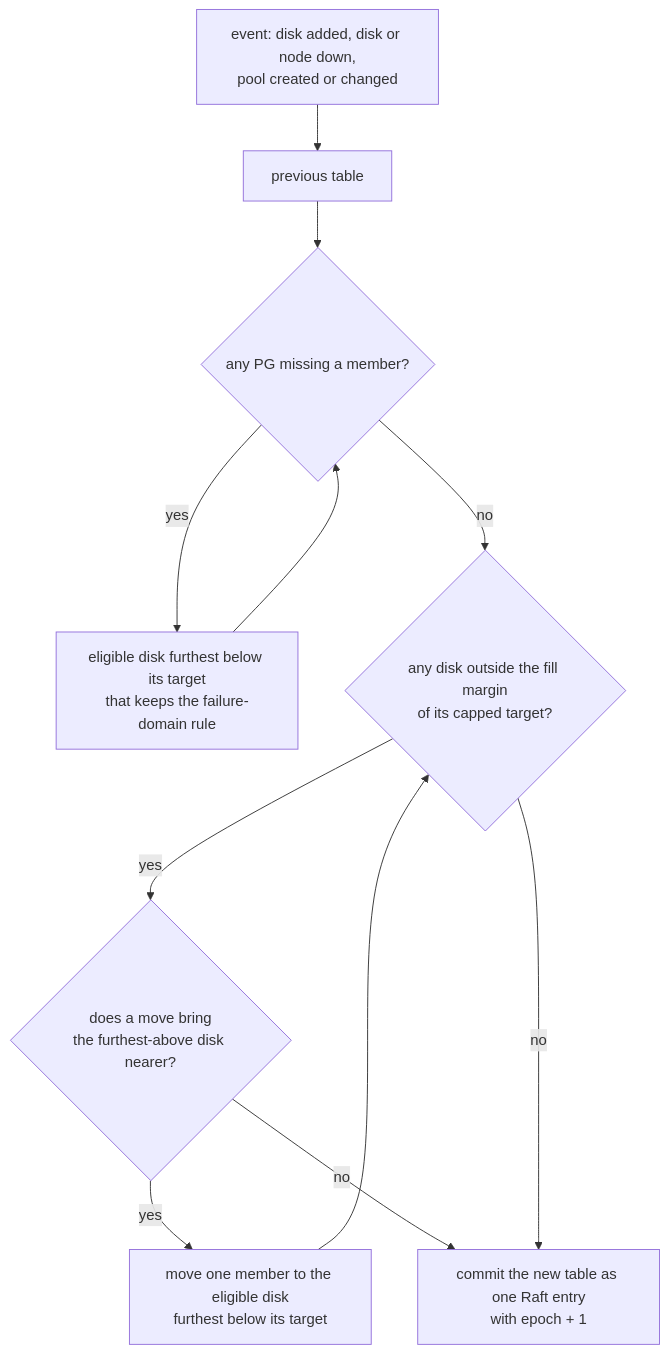
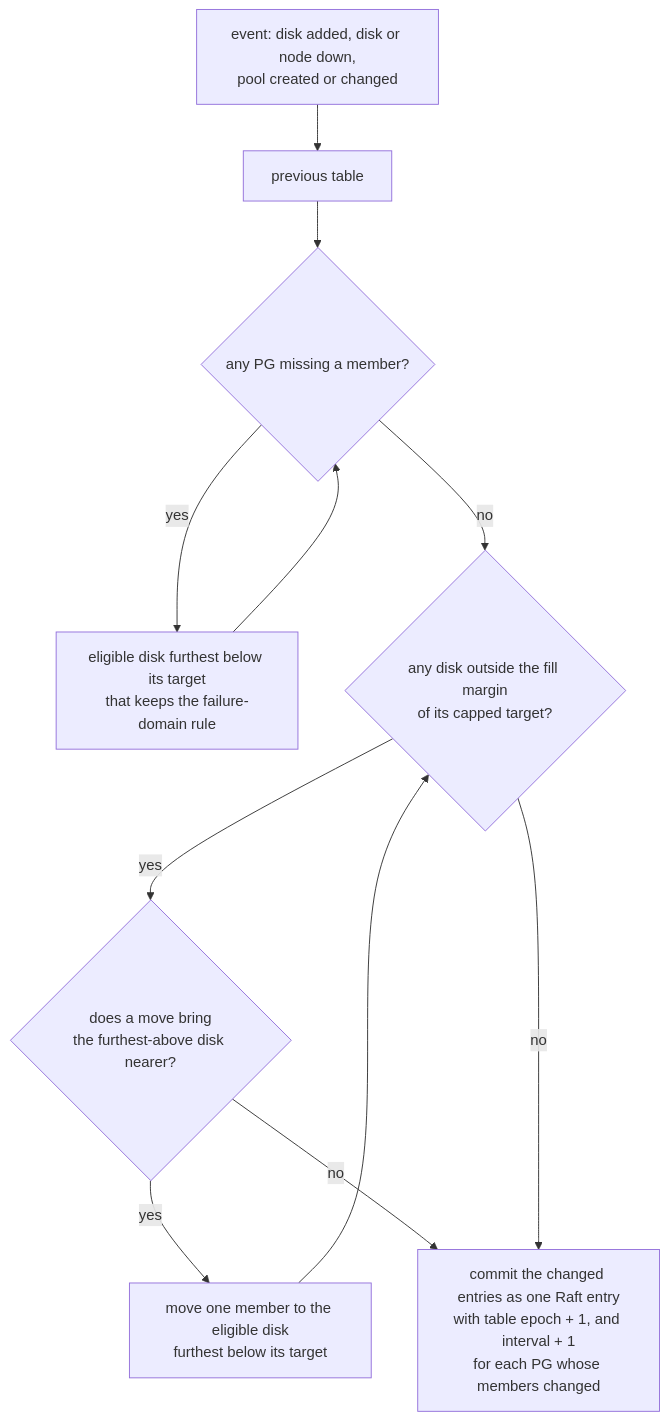
One commit to nvcnvn/rock-solid changed the third of 5 diagrams in blogs/02-chunks-and-placement.md. Above: the diagram before and after it, drawn with Mermaid. The commit also changed other lines of this file and 11 other files, not shown here.

````diff
--- a/blogs/02-chunks-and-placement.md
+++ b/blogs/02-chunks-and-placement.md
@@ -383,13 +391,13 @@
 ```mermaid
 flowchart TD
     E["event: disk added, disk or node down,<br/>pool created or changed"] --> S["previous table"]
     S --> M{"any PG missing a member?"}
     M -- "yes" --> R["eligible disk furthest below its target<br/>that keeps the failure-domain rule"]
     R --> M
     M -- "no" --> B{"any disk outside the fill margin<br/>of its capped target?"}
     B -- "yes" --> H{"does a move bring<br/>the furthest-above disk nearer?"}
     H -- "yes" --> MV["move one member to the eligible disk<br/>furthest below its target"]
     MV --> B
     H -- "no" --> C
-    B -- "no" --> C["commit the new table as one Raft entry<br/>with epoch + 1"]
+    B -- "no" --> C["commit the changed entries as one Raft entry<br/>with table epoch + 1, and interval + 1<br/>for each PG whose members changed"]
 ```
````
